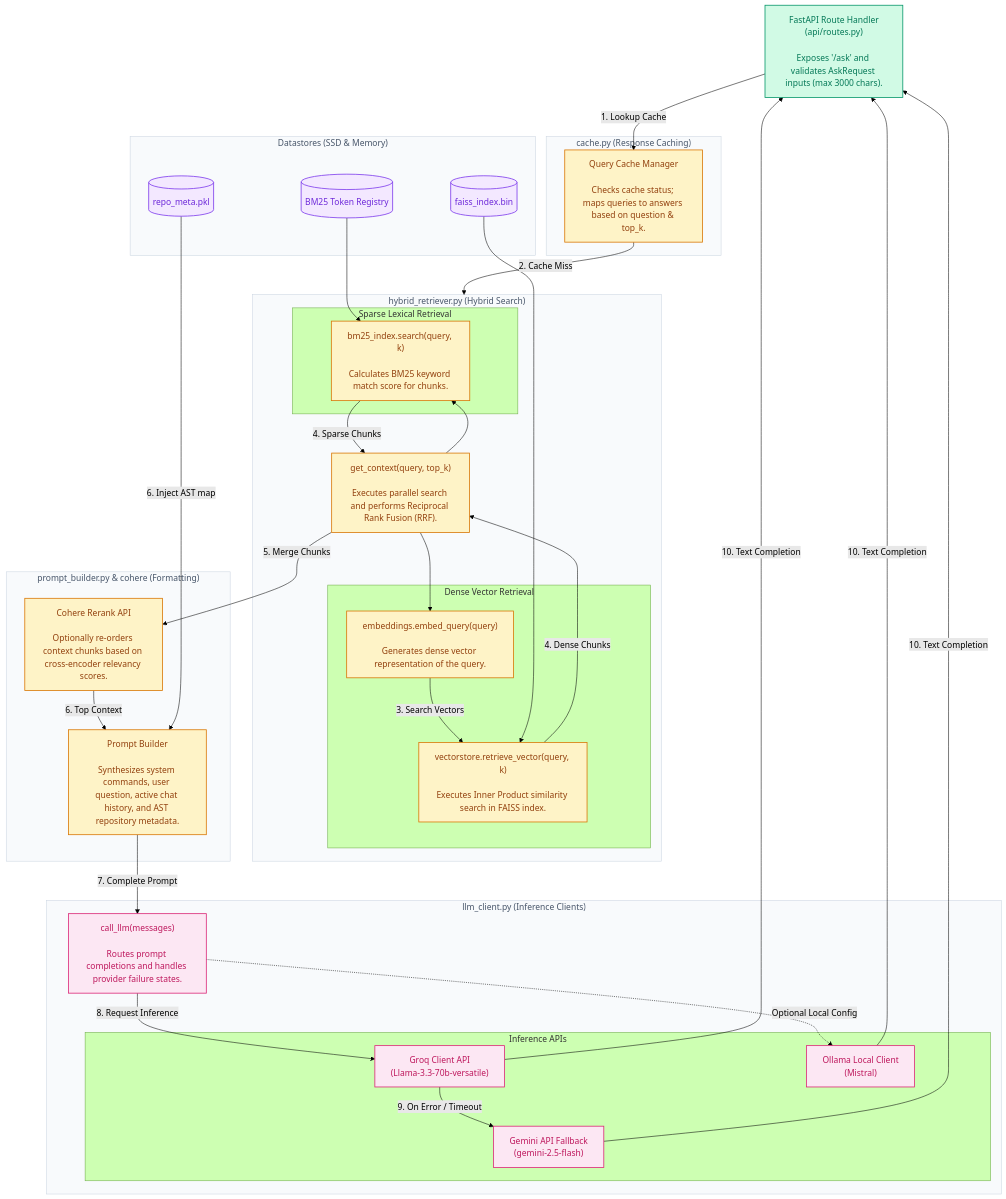
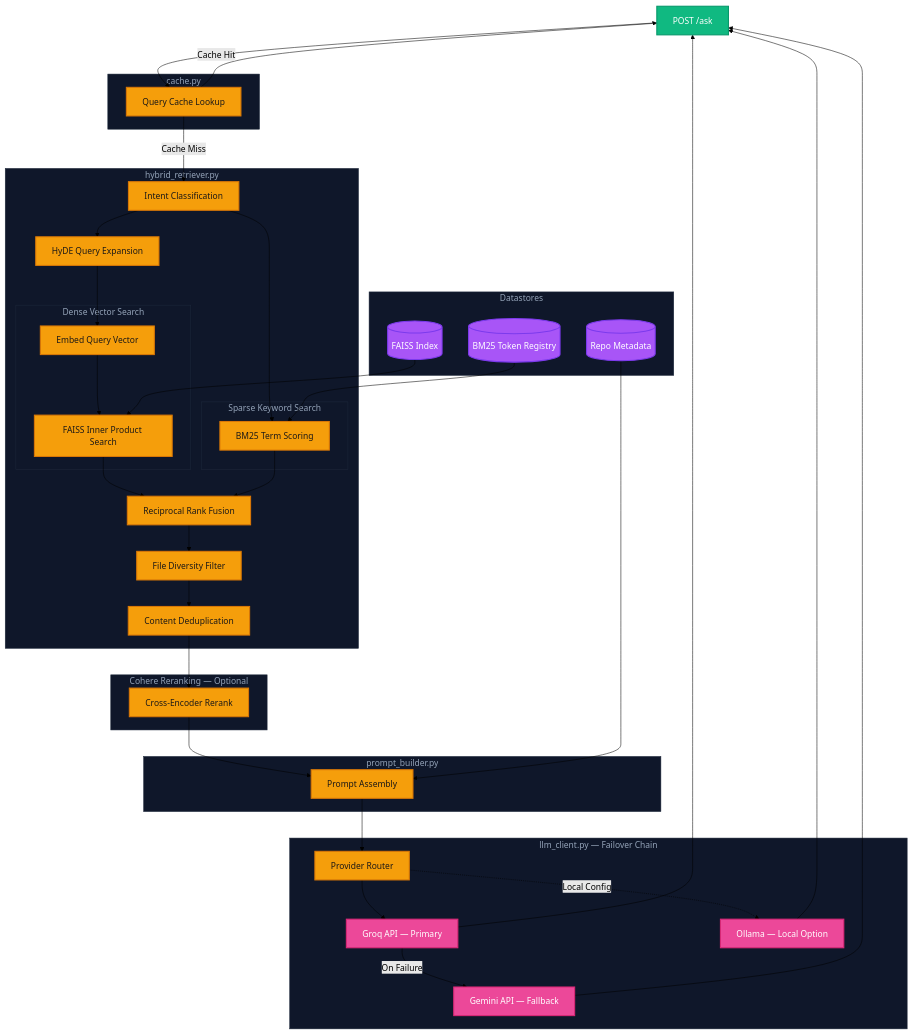
Before and after one commit to shashank-gt/CodeBase: the fourth of 6 diagrams in ARCHITECTURE.md, drawn with Mermaid (forest theme). The commit also changed other lines of this file and 17 other files, not shown here.

Commit message:
feat: release CBQA v8 with Groq primary LLM, Gemini failover, premium mermaid architecture, and production readiness

````diff
--- a/ARCHITECTURE.md
+++ b/ARCHITECTURE.md
@@ -197,81 +197,88 @@
 ```mermaid
 flowchart TD
-    %% Styling Definitions
-    classDef api fill:#d1fae5,stroke:#059669,stroke-width:1.5px,color:#047857;
-    classDef component fill:#fef3c7,stroke:#d97706,stroke-width:1.5px,color:#92400e;
-    classDef db fill:#f3e8ff,stroke:#7c3aed,stroke-width:1.5px,color:#6d28d9;
-    classDef model fill:#fce7f3,stroke:#db2777,stroke-width:1.5px,color:#be185d;
-    classDef sub fill:#f8fafc,stroke:#cbd5e1,stroke-width:1px,color:#475569;
+    classDef api fill:#10b981,stroke:#059669,stroke-width:2px,color:#fff
+    classDef process fill:#f59e0b,stroke:#d97706,stroke-width:2px,color:#1c1917
+    classDef store fill:#a855f7,stroke:#7c3aed,stroke-width:2px,color:#fff
+    classDef llm fill:#ec4899,stroke:#db2777,stroke-width:2px,color:#fff
+    classDef group fill:#0f172a,stroke:#1e293b,stroke-width:1px,color:#94a3b8
 
-    Routes["FastAPI Route Handler<br>(api/routes.py)<br><br>Exposes '/ask' and validates AskRequest inputs (max 3000 chars)."]
+    API["POST /ask"]
 
-    subgraph CachingLib ["cache.py (Response Caching)"]
-        Cache["Query Cache Manager<br><br>Checks cache status; maps queries to answers based on question & top_k."]
+    subgraph Cache ["cache.py"]
+        CacheCheck["Query Cache Lookup"]
     end
 
-    subgraph RetrieverLib ["hybrid_retriever.py (Hybrid Search)"]
-        GetContext["get_context(query, top_k)<br><br>Executes parallel search and performs Reciprocal Rank Fusion (RRF)."]
-        
-        subgraph DenseSearch ["Dense Vector Retrieval"]
-            EmbedQuery["embeddings.embed_query(query)<br><br>Generates dense vector representation of the query."]
-            FAISS_Search["vectorstore.retrieve_vector(query, k)<br><br>Executes Inner Product similarity search in FAISS index."]
+    subgraph Retriever ["hybrid_retriever.py"]
+        Intent["Intent Classification"]
+        HyDE["HyDE Query Expansion"]
+
+        subgraph Dense ["Dense Vector Search"]
+            EmbedQ["Embed Query Vector"]
+            VSearch["FAISS Inner Product Search"]
         end
 
-        subgraph SparseSearch ["Sparse Lexical Retrieval"]
-            BM25_Search["bm25_index.search(query, k)<br><br>Calculates BM25 keyword match score for chunks."]
+        subgraph Sparse ["Sparse Keyword Search"]
+            BM25S["BM25 Term Scoring"]
         end
+
+        RRF["Reciprocal Rank Fusion"]
+        Diversity["File Diversity Filter"]
+        Dedup["Content Deduplication"]
     end
 
-    subgraph PromptLib ["prompt_builder.py & cohere (Formatting)"]
-        Rerank["Cohere Rerank API<br><br>Optionally re-orders context chunks based on cross-encoder relevancy scores."]
-        PromptBuilder["Prompt Builder<br><br>Synthesizes system commands, user question, active chat history, and AST repository metadata."]
+    subgraph Ranking ["Cohere Reranking — Optional"]
+        Rerank["Cross-Encoder Rerank"]
     end
 
-    subgraph InferenceLib ["llm_client.py (Inference Clients)"]
-        CallLLM["call_llm(messages)<br><br>Routes prompt completions and handles provider failure states."]
-        
-        subgraph Providers ["Inference APIs"]
-            Groq["Groq Client API<br>(Llama-3.3-70b-versatile)"]
-            Gemini["Gemini API Fallback<br>(gemini-2.5-flash)"]
-            Ollama["Ollama Local Client<br>(Mistral)"]
-        end
+    subgraph Prompt ["prompt_builder.py"]
+        Build["Prompt Assembly"]
     end
 
-    subgraph DBStores ["Datastores (SSD & Memory)"]
-        FAISS_Bin[("faiss_index.bin")]
-        BM25_Idx[("BM25 Token Registry")]
-        RepoMeta[("repo_meta.pkl")]
+    subgraph Inference ["llm_client.py — Failover Chain"]
+        Router["Provider Router"]
+        Groq["Groq API — Primary"]
+        Gemini["Gemini API — Fallback"]
+        Ollama["Ollama — Local Option"]
     end
 
-    %% Call Sequences
-    Routes -->|1. Lookup Cache| Cache
-    Cache -->|2. Cache Miss| RetrieverLib
-    
-    GetContext --> EmbedQuery
-    GetContext --> BM25_Search
-    EmbedQuery -->|3. Search Vectors| FAISS_Search
-    FAISS_Bin --> FAISS_Search
-    BM25_Idx --> BM25_Search
+    subgraph Data ["Datastores"]
+        FIdx[("FAISS Index")]
+        BIdx[("BM25 Token Registry")]
+        RMeta[("Repo Metadata")]
+    end
 
-    FAISS_Search -->|4. Dense Chunks| GetContext
-    BM25_Search -->|4. Sparse Chunks| GetContext
+    API --> CacheCheck
+    CacheCheck -->|"Cache Miss"| Intent
+    CacheCheck -->|"Cache Hit"| API
 
-    GetContext -->|5. Merge Chunks| Rerank
-    Rerank -->|6. Top Context| PromptBuilder
-    RepoMeta -->|6. Inject AST map| PromptBuilder
+    Intent --> HyDE
+    HyDE --> EmbedQ
+    Intent --> BM25S
 
-    PromptBuilder -->|7. Complete Prompt| CallLLM
-    CallLLM -->|8. Request Inference| Groq
-    Groq -->|9. On Error / Timeout| Gemini
-    CallLLM -.->|Optional Local Config| Ollama
-    
-    Groq -->|10. Text Completion| Routes
-    Gemini -->|10. Text Completion| Routes
-    Ollama -->|10. Text Completion| Routes
+    EmbedQ --> VSearch
+    FIdx --> VSearch
+    BIdx --> BM25S
 
-    class Routes api;
-    class Cache,GetContext,EmbedQuery,FAISS_Search,BM25_Search,Rerank,PromptBuilder component;
-    class FAISS_Bin,BM25_Idx,RepoMeta db;
-    class CallLLM,Groq,Gemini,Ollama model;
-    class CachingLib,RetrieverLib,PromptLib,InferenceLib,DBStores sub;
+    VSearch --> RRF
+    BM25S --> RRF
+    RRF --> Diversity --> Dedup
+    Dedup --> Rerank
+
+    Rerank --> Build
+    RMeta --> Build
+
+    Build --> Router
+    Router --> Groq
+    Groq -->|"On Failure"| Gemini
+    Router -.->|"Local Config"| Ollama
+
+    Groq --> API
+    Gemini --> API
+    Ollama --> API
+
+    class API api
+    class CacheCheck,Intent,HyDE,EmbedQ,VSearch,BM25S,RRF,Diversity,Dedup,Rerank,Build,Router process
+    class Groq,Gemini,Ollama llm
+    class FIdx,BIdx,RMeta store
+    class Cache,Retriever,Dense,Sparse,Ranking,Prompt,Inference,Data group
 ```
````
